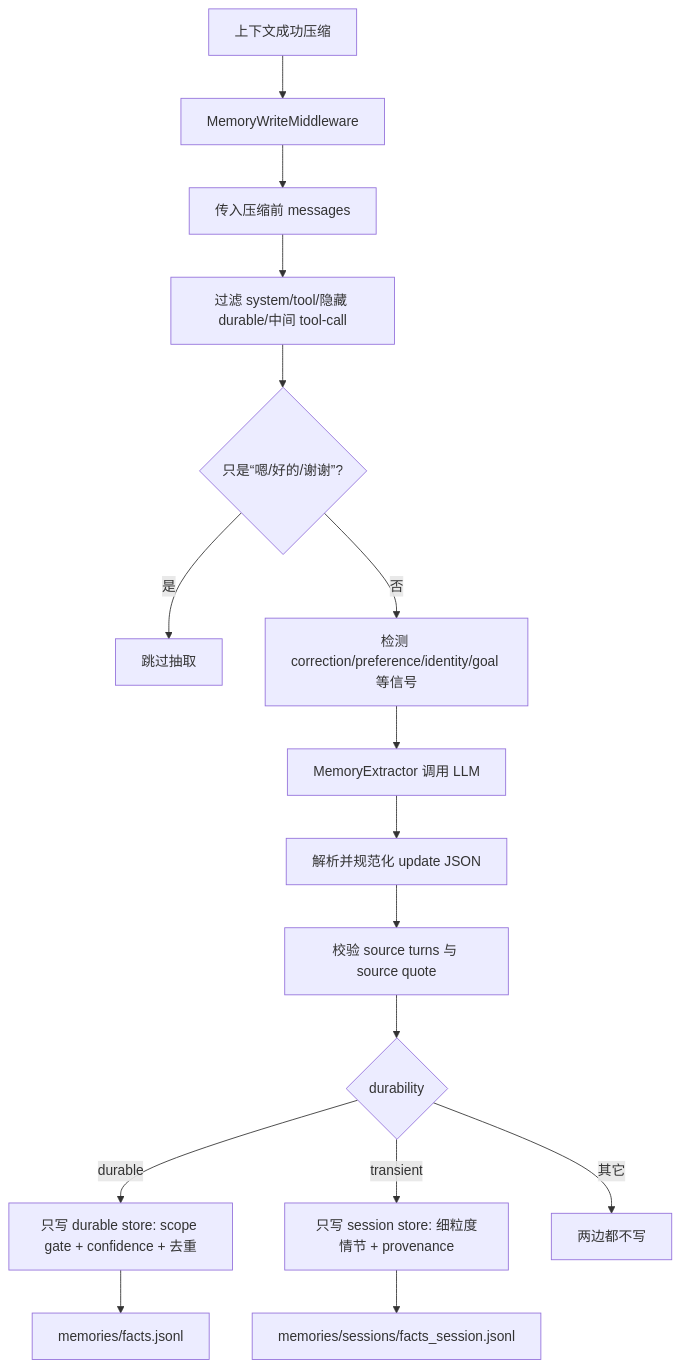
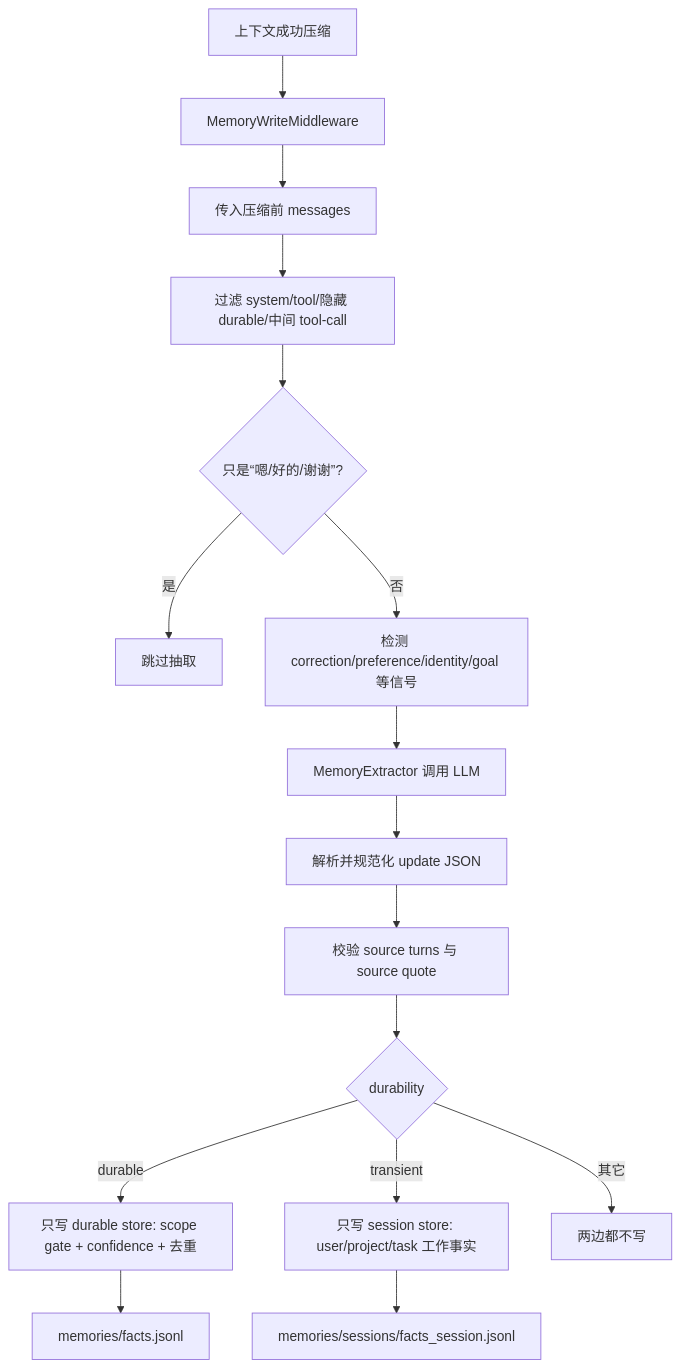
One commit to littlefishshow/R-Agent changed the diagram in docs/04_Memory系统.md. Above: the diagram before and after it, drawn with Mermaid. The commit also changed other lines of this file and 10 other files, not shown here.

````diff
--- a/docs/04_Memory系统.md
+++ b/docs/04_Memory系统.md
@@ -70,18 +70,18 @@
 ```mermaid
 flowchart TD
     C[上下文成功压缩] --> MW[MemoryWriteMiddleware]
     MW --> B[传入压缩前 messages]
     B --> F[过滤 system/tool/隐藏 durable/中间 tool-call]
     F --> T{只是“嗯/好的/谢谢”?}
     T -- 是 --> SKIP[跳过抽取]
     T -- 否 --> S[检测 correction/preference/identity/goal 等信号]
     S --> L[MemoryExtractor 调用 LLM]
     L --> P[解析并规范化 update JSON]
     P --> V[校验 source turns 与 source quote]
     V --> R{durability}
     R -- durable --> D[只写 durable store: scope gate + confidence + 去重]
-    R -- transient --> E[只写 session store: 细粒度情节 + provenance]
+    R -- transient --> E[只写 session store: user/project/task 工作事实]
     R -- 其它 --> SKIP2[两边都不写]
     D --> J[memories/facts.jsonl]
     E --> SJ[memories/sessions/facts_session.jsonl]
 ```
````
